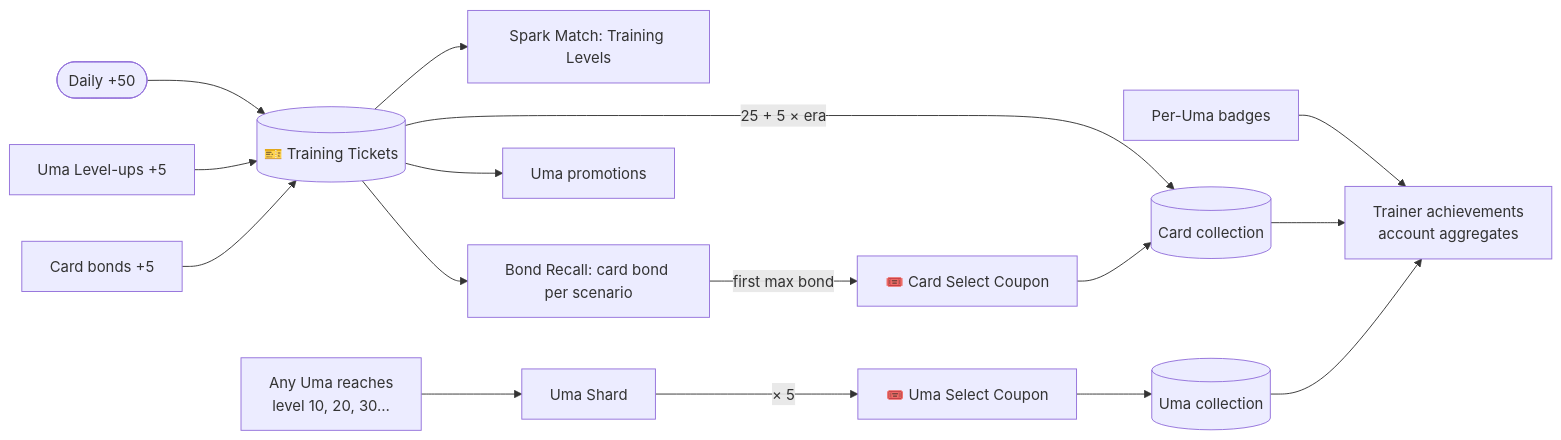
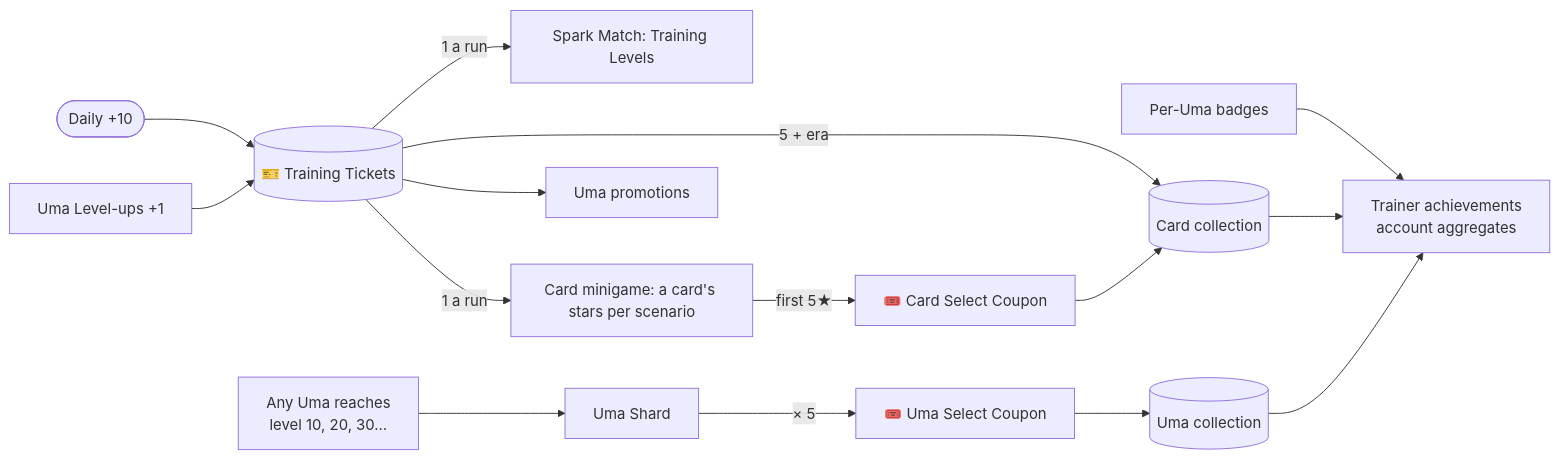
Before and after one commit to luismlorenzana/uma-racer: the second of 2 diagrams in docs/design/00-overview.md, drawn with Mermaid. The commit also changed other lines of this file and 61 other files, not shown here.

First line of the commit message:
feat(cards): stars and one-ticket runs, save v7 (M019, D147, D148, D150)

````diff
--- a/docs/design/00-overview.md
+++ b/docs/design/00-overview.md
@@ -41,18 +41,17 @@
 ```mermaid
 flowchart LR
-    Daily([Daily +50]) --> Tickets[("🎫 Training Tickets")]
-    UmaLv["Uma Level-ups +5"] --> Tickets
-    CardBond["Card bonds +5"] --> Tickets
-    Tickets --> Spark["Spark Match: Training Levels"]
-    Tickets --> Bond["Bond Recall: card bond per scenario"]
-    Bond -->|"first max bond"| CardCoupon["🎟️ Card Select Coupon"]
-    Tickets -->|"25 + 5 × era"| Cards[("Card collection")]
+    Daily([Daily +10]) --> Tickets[("🎫 Training Tickets")]
+    UmaLv["Uma Level-ups +1"] --> Tickets
+    Tickets -->|"1 a run"| Spark["Spark Match: Training Levels"]
+    Tickets -->|"1 a run"| Bond["Card minigame: a card's stars per scenario"]
+    Bond -->|"first 5★"| CardCoupon["🎟️ Card Select Coupon"]
+    Tickets -->|"5 + era"| Cards[("Card collection")]
     CardCoupon --> Cards
     Tickets --> UmaPromo["Uma promotions"]
     Levels["Any Uma reaches<br/>level 10, 20, 30…"] --> Shards["Uma Shard"]
     Shards -->|"× 5"| UmaCoupon["🎟️ Uma Select Coupon"]
     UmaCoupon --> Umas[("Uma collection")]
     Badges["Per-Uma badges"] --> Trainer["Trainer achievements<br/>account aggregates"]
     Cards --> Trainer
     Umas --> Trainer
 ```
````
